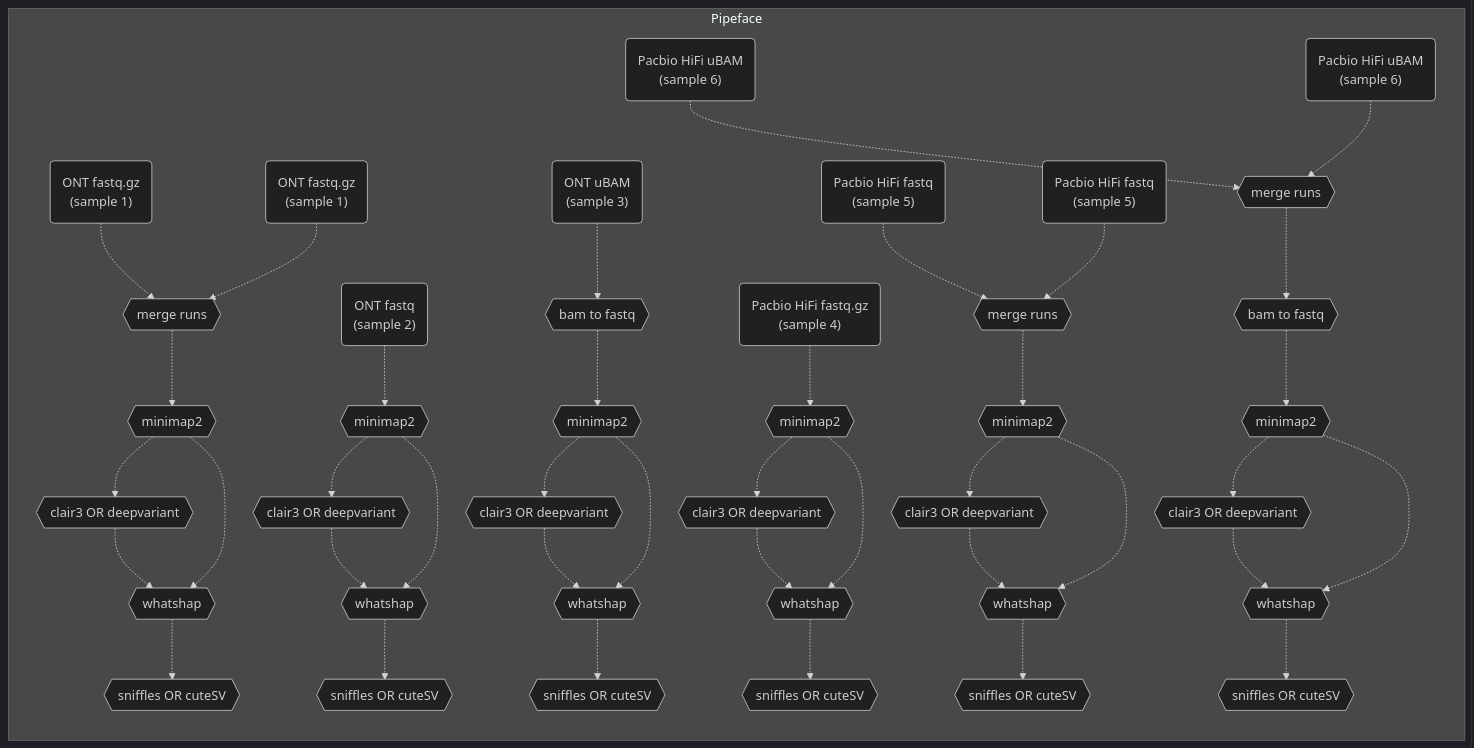
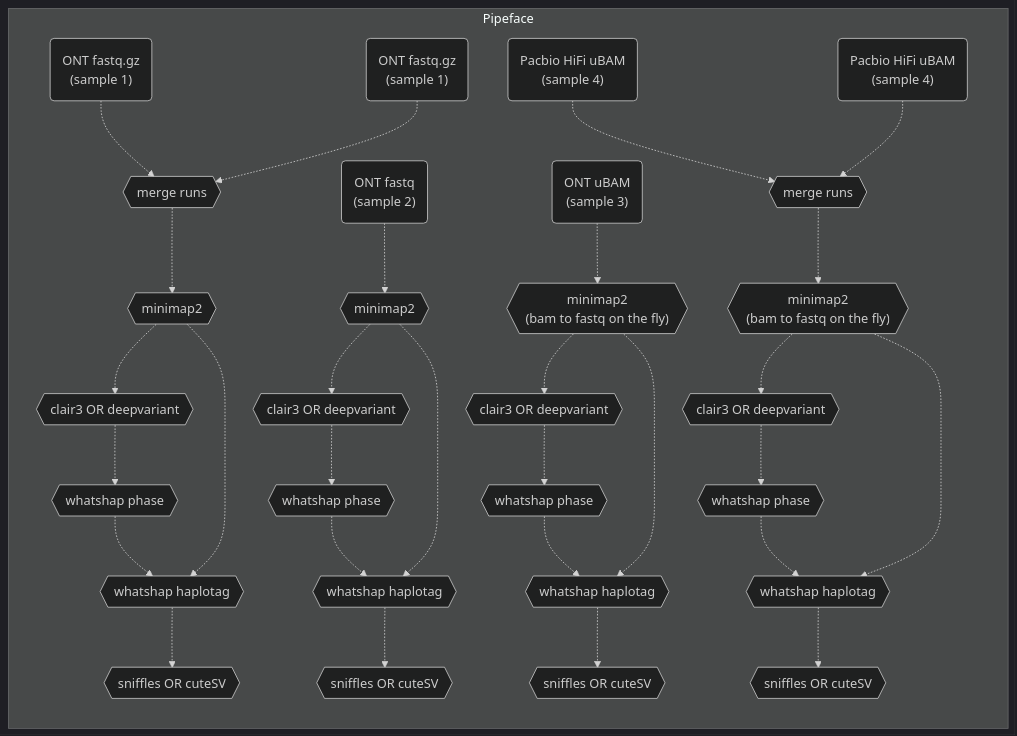
The second of 2 diagrams in README.md (leahkemp/pipeface), drawn with Mermaid before and after one commit. The commit also changed other lines of this file and 2 other files, not shown here.

Commit message:
phase directly with whatshap, collapse resource definition

````diff
--- a/README.md
+++ b/README.md
@@ -37,72 +38,57 @@
 ```mermaid
 %%{init: {'theme':'dark'}}%%
 flowchart LR
 
 subgraph "Pipeface"
 ont_data_f1("ONT fastq.gz \n (sample 1)")
 ont_data_f2("ONT fastq.gz \n (sample 1)")
 ont_data_f3("ONT fastq \n (sample 2)")
 ont_data_f4("ONT uBAM \n (sample 3)")
 
-pacbio_data_f5("Pacbio HiFi fastq.gz \n (sample 4)")
-pacbio_data_f6("Pacbio HiFi fastq \n (sample 5)")
-pacbio_data_f7("Pacbio HiFi fastq \n (sample 5)")
-pacbio_data_f8("Pacbio HiFi uBAM \n (sample 6)")
-pacbio_data_f9("Pacbio HiFi uBAM \n (sample 6)")
+pacbio_data_f5("Pacbio HiFi uBAM \n (sample 4)")
+pacbio_data_f6("Pacbio HiFi uBAM \n (sample 4)")
 
 merge_m1{{"merge runs"}}
 merge_m2{{"merge runs"}}
-merge_m3{{"merge runs"}}
-
-bam_to_fastq_s3{{"bam to fastq"}}
-bam_to_fastq_s6{{"bam to fastq"}}
 
 minimap2_s1{{"minimap2"}}
 minimap2_s2{{"minimap2"}}
-minimap2_s3{{"minimap2"}}
-minimap2_s4{{"minimap2"}}
-minimap2_s5{{"minimap2"}}
-minimap2_s6{{"minimap2"}}
+minimap2_s3{{"minimap2 \n (bam to fastq on the fly)"}}
+minimap2_s4{{"minimap2 \n (bam to fastq on the fly)"}}
 
 snp_indel_caller_s1{{"clair3 OR deepvariant"}}
 snp_indel_caller_s2{{"clair3 OR deepvariant"}}
 snp_indel_caller_s3{{"clair3 OR deepvariant"}}
 snp_indel_caller_s4{{"clair3 OR deepvariant"}}
-snp_indel_caller_s5{{"clair3 OR deepvariant"}}
-snp_indel_caller_s6{{"clair3 OR deepvariant"}}
 
-whatshap_s1{{"whatshap"}}
-whatshap_s2{{"whatshap"}}
-whatshap_s3{{"whatshap"}}
-whatshap_s4{{"whatshap"}}
-whatshap_s5{{"whatshap"}}
-whatshap_s6{{"whatshap"}}
+whatshap_phase_s1{{"whatshap phase"}}
+whatshap_phase_s2{{"whatshap phase"}}
+whatshap_phase_s3{{"whatshap phase"}}
+whatshap_phase_s4{{"whatshap phase"}}
 
-sv_caller_s1{{""sniffles OR cuteSV""}}
-sv_caller_s2{{""sniffles OR cuteSV""}}
-sv_caller_s3{{""sniffles OR cuteSV""}}
-sv_caller_s4{{""sniffles OR cuteSV""}}
-sv_caller_s5{{""sniffles OR cuteSV""}}
-sv_caller_s6{{""sniffles OR cuteSV""}}
+whatshap_haplotag_s1{{"whatshap haplotag"}}
+whatshap_haplotag_s2{{"whatshap haplotag"}}
+whatshap_haplotag_s3{{"whatshap haplotag"}}
+whatshap_haplotag_s4{{"whatshap haplotag"}}
 
-ont_data_f1-.->merge_m1-.->minimap2_s1-.->snp_indel_caller_s1-.->whatshap_s1-.->sv_caller_s1
+sv_caller_s1{{"sniffles OR cuteSV"}}
+sv_caller_s2{{"sniffles OR cuteSV"}}
+sv_caller_s3{{"sniffles OR cuteSV"}}
+sv_caller_s4{{"sniffles OR cuteSV"}}
+
+ont_data_f1-.->merge_m1-.->minimap2_s1-.->snp_indel_caller_s1-.->whatshap_phase_s1-.->whatshap_haplotag_s1-.->sv_caller_s1
 ont_data_f2-.->merge_m1
-ont_data_f3-.->minimap2_s2-.->snp_indel_caller_s2-.->whatshap_s2-.->sv_caller_s2
-ont_data_f4-.->bam_to_fastq_s3-.->minimap2_s3-.->snp_indel_caller_s3-.->whatshap_s3-.->sv_caller_s3
+ont_data_f3-.->minimap2_s2-.->snp_indel_caller_s2-.->whatshap_phase_s2-.->whatshap_haplotag_s2-.->sv_caller_s2
+ont_data_f4-.->minimap2_s3-.->snp_indel_caller_s3-.->whatshap_phase_s3-.->whatshap_haplotag_s3-.->sv_caller_s3
 
-pacbio_data_f5-.->minimap2_s4-.->snp_indel_caller_s4-.->whatshap_s4-.->sv_caller_s4
-pacbio_data_f6-.->merge_m2-.->minimap2_s5-.->snp_indel_caller_s5-.->whatshap_s5-.->sv_caller_s5
-pacbio_data_f7-.->merge_m2
-pacbio_data_f8-.->merge_m3-.->bam_to_fastq_s6-.->minimap2_s6-.->snp_indel_caller_s6-.->whatshap_s6-.->sv_caller_s6
-pacbio_data_f9-.->merge_m3
+pacbio_data_f5-.->merge_m2-.->minimap2_s4-.->snp_indel_caller_s4-.->whatshap_phase_s4-.->whatshap_haplotag_s4-.->sv_caller_s4
+pacbio_data_f6-.->merge_m2
 
-minimap2_s1-.->whatshap_s1
-minimap2_s2-.->whatshap_s2
-minimap2_s3-.->whatshap_s3
-minimap2_s4-.->whatshap_s4
-minimap2_s5-.->whatshap_s5
-minimap2_s6-.->whatshap_s6
+minimap2_s1-.->whatshap_haplotag_s1
+minimap2_s2-.->whatshap_haplotag_s2
+minimap2_s3-.->whatshap_haplotag_s3
+minimap2_s4-.->whatshap_haplotag_s4
 
 end
 
 ```
````
